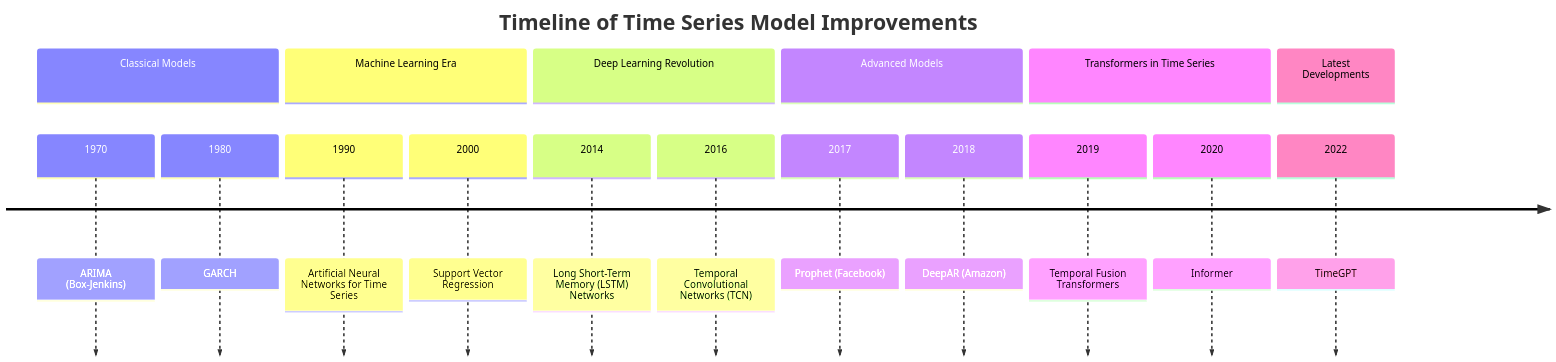
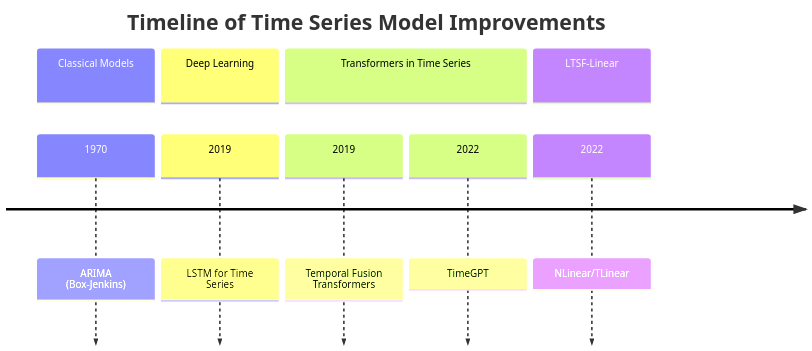
The diagram in README.md (acatlin/test), drawn with Mermaid before and after one commit.

Commit message:
Update README.md
time-2

````diff
--- a/README.md
+++ b/README.md
@@ -4,21 +4,13 @@
 ```mermaid
 timeline
     title Timeline of Time Series Model Improvements
     section Classical Models
         1970 : ARIMA (Box-Jenkins)
-        1980 : GARCH
-    section Machine Learning Era
-        1990 : Artificial Neural Networks for Time Series
-        2000 : Support Vector Regression
-    section Deep Learning Revolution
-        2014 : Long Short-Term Memory (LSTM) Networks
-        2016 : Temporal Convolutional Networks (TCN)
-    section Advanced Models
-        2017 : Prophet (Facebook)
-        2018 : DeepAR (Amazon)
+    section Deep Learning
+        2019 : LSTM for Time Series
     section Transformers in Time Series
         2019 : Temporal Fusion Transformers
-        2020 : Informer
-    section Latest Developments
         2022 : TimeGPT
+    section LTSF-Linear
+        2022: NLinear/TLinear 
 ```
````
